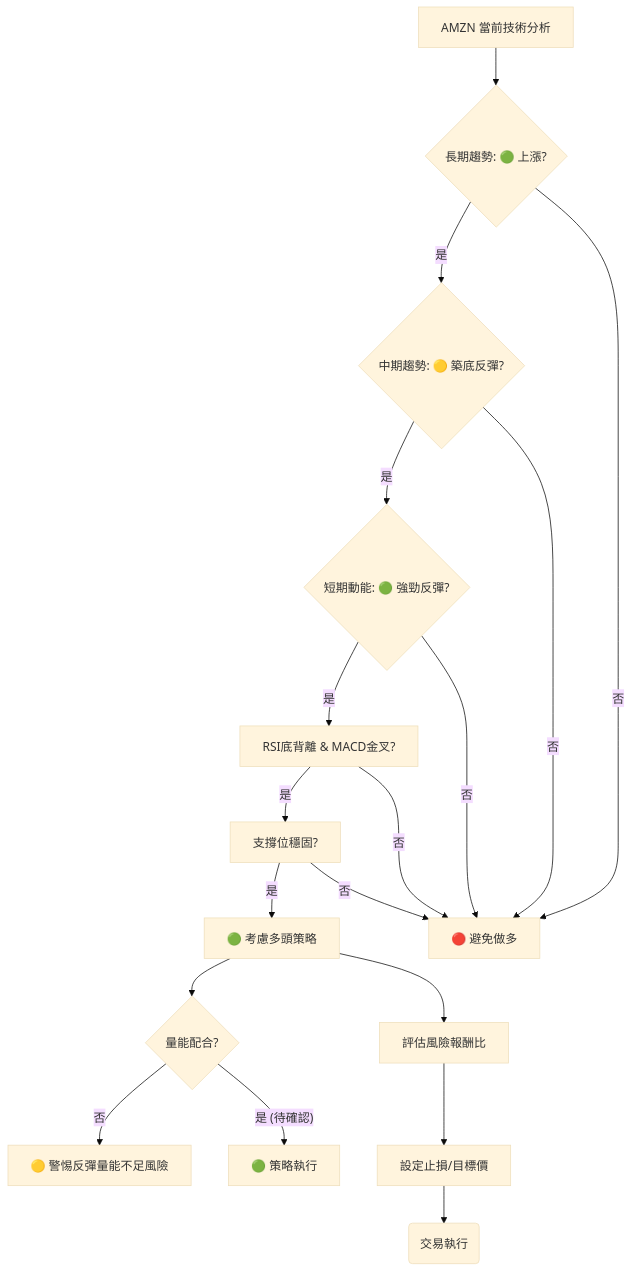
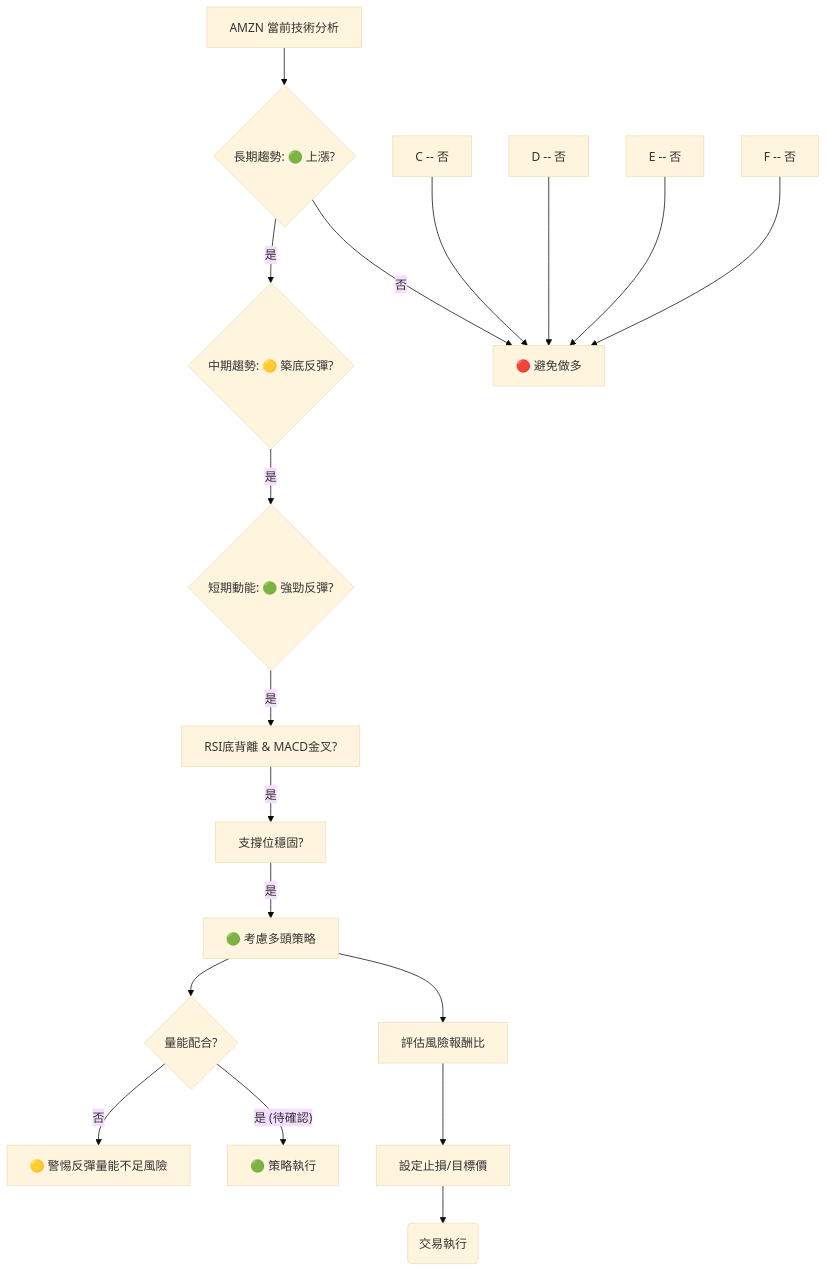
The tenth of 11 diagrams in ai_gen_report/stock/amzn/technical_analysis_2026-07-05_gemini.md (yennanliu/finance_data), drawn with Mermaid (base theme) before and after one commit. The commit also changed other lines of this file and 2258 other files, not shown here.

First line of the commit message:
chore: backfill Mermaid syntax repair across existing reports

````diff
--- a/ai_gen_report/stock/amzn/technical_analysis_2026-07-05_gemini.md
+++ b/ai_gen_report/stock/amzn/technical_analysis_2026-07-05_gemini.md
@@ -702,22 +702,22 @@
 ```mermaid
 graph TD
-    A[AMZN 當前技術分析] --> B{長期趨勢: 🟢 上漲?}
-    B -- 是 --> C{中期趨勢: 🟡 築底反彈?}
-    C -- 是 --> D{短期動能: 🟢 強勁反彈?}
-    D -- 是 --> E[RSI底背離 & MACD金叉?]
-    E -- 是 --> F[支撐位穩固?]
-    F -- 是 --> G[🟢 考慮多頭策略]
-    G --> H{量能配合?}
-    H -- 否 --> I[🟡 警惕反彈量能不足風險]
-    H -- 是 (待確認) --> J[🟢 策略執行]
+    A["AMZN 當前技術分析"] --> B{"長期趨勢: 🟢 上漲?"}
+    B -- 是 --> C{"中期趨勢: 🟡 築底反彈?"}
+    C -- 是 --> D{"短期動能: 🟢 強勁反彈?"}
+    D -- 是 --> E["RSI底背離 & MACD金叉?"]
+    E -- 是 --> F["支撐位穩固?"]
+    F -- 是 --> G["🟢 考慮多頭策略"]
+    G --> H{"量能配合?"}
+    H -- 否 --> I["🟡 警惕反彈量能不足風險"]
+    H -- 是 (待確認) --> J["🟢 策略執行"]
 
-    B -- 否 --> K[🔴 避免做多]
-    C -- 否 --> K
-    D -- 否 --> K
-    E -- 否 --> K
-    F -- 否 --> K
+    B -- 否 --> K["🔴 避免做多"]
+    nb1["C -- 否"] --> K
+    nb2["D -- 否"] --> K
+    nb3["E -- 否"] --> K
+    nb4["F -- 否"] --> K
 
-    G --> L[評估風險報酬比]
-    L --> M[設定止損/目標價]
-    M --> N(交易執行)
+    G --> L["評估風險報酬比"]
+    L --> M["設定止損/目標價"]
+    M --> N("交易執行")
 ```
````
